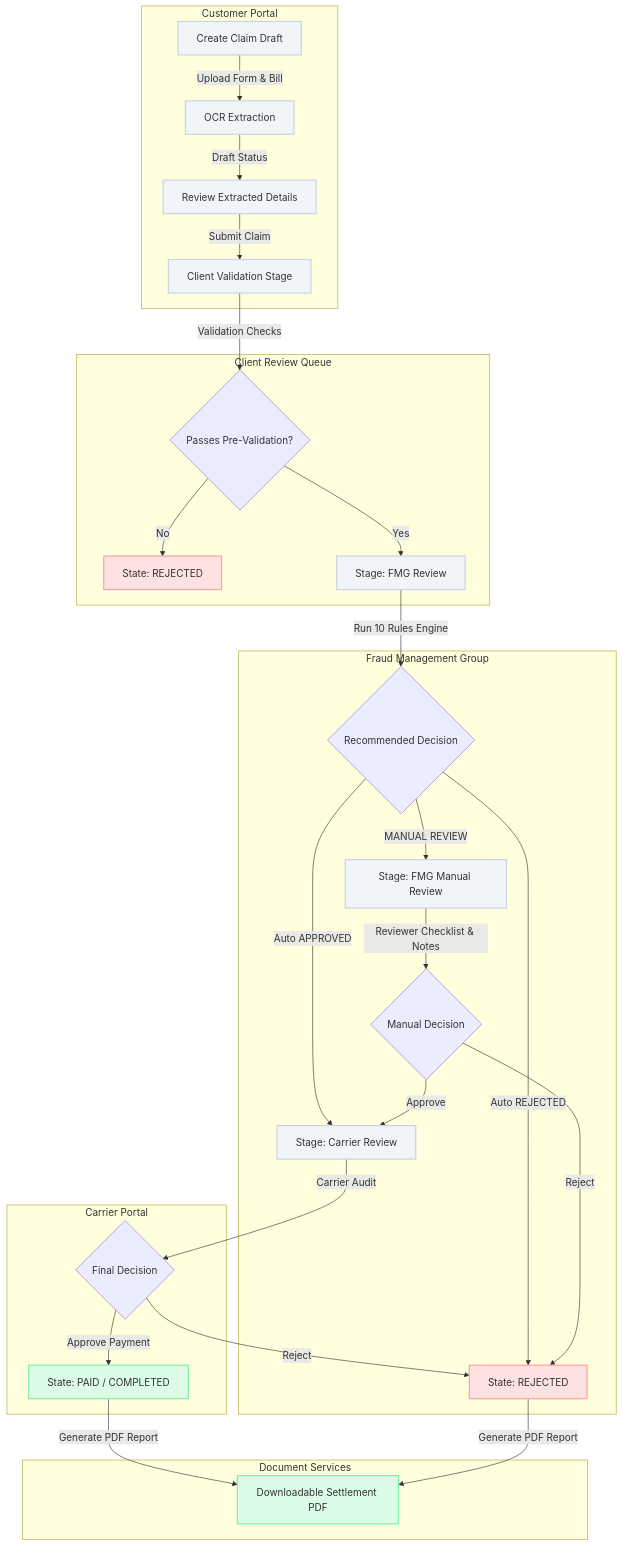
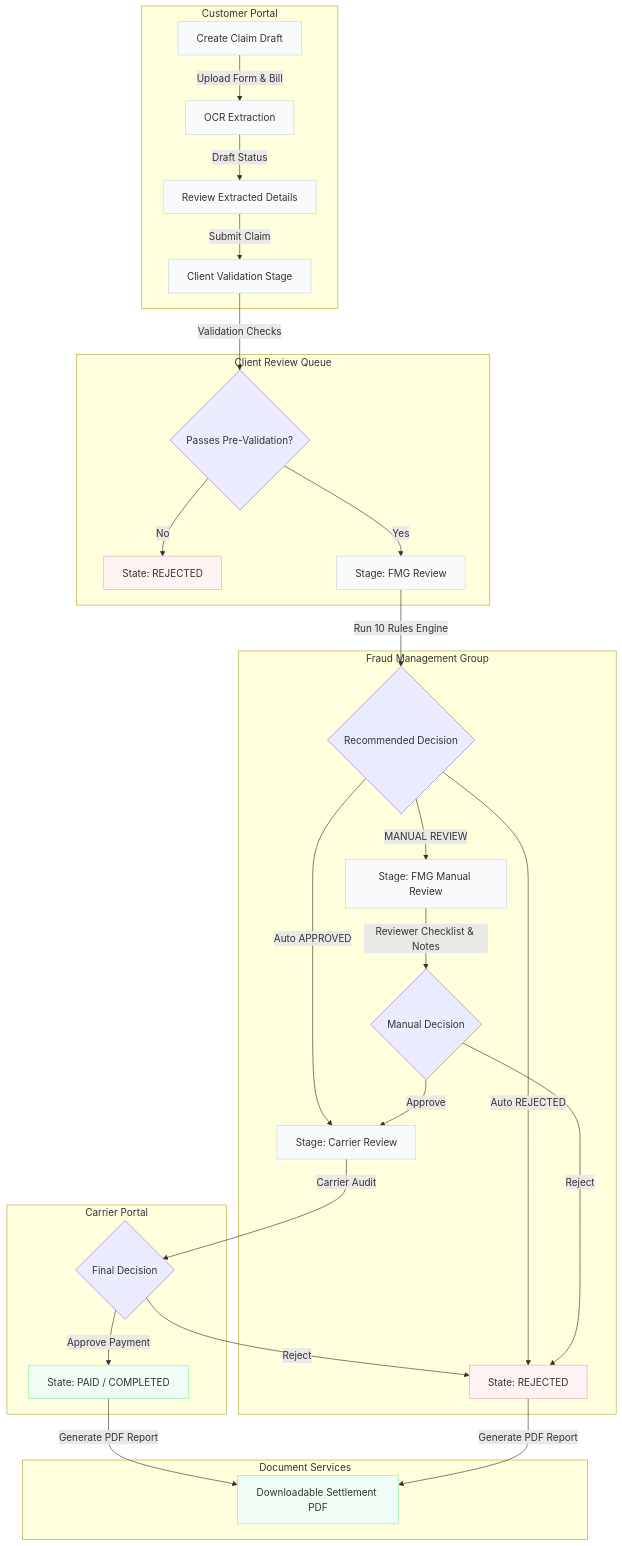
Before and after one commit to Sampramardhan/Tpa_Claim_Process: the third of 6 diagrams in README.md, drawn with Mermaid. The commit also changed other lines of this file, not shown here.

Commit message:
Optimize README visualization, schemas, and diagrams

````diff
--- a/README.md
+++ b/README.md
@@ -72,42 +87,42 @@
 ```mermaid
 flowchart TD
     subgraph Customer Portal
         A[Create Claim Draft] -->|Upload Form & Bill| B[OCR Extraction]
         B -->|Draft Status| C[Review Extracted Details]
         C -->|Submit Claim| D[Client Validation Stage]
     end
 
     subgraph Client Review Queue
         D -->|Validation Checks| E{Passes Pre-Validation?}
         E -->|No| F[State: REJECTED]
         E -->|Yes| G[Stage: FMG Review]
     end
 
     subgraph Fraud Management Group
         G -->|Run 10 Rules Engine| H{Recommended Decision}
         H -->|Auto APPROVED| I[Stage: Carrier Review]
         H -->|Auto REJECTED| J[State: REJECTED]
         H -->|MANUAL REVIEW| K[Stage: FMG Manual Review]
         
         K -->|Reviewer Checklist & Notes| L{Manual Decision}
         L -->|Approve| I
         L -->|Reject| J
     end
 
     subgraph Carrier Portal
         I -->|Carrier Audit| M{Final Decision}
         M -->|Approve Payment| N[State: PAID / COMPLETED]
         M -->|Reject| J
     end
 
     subgraph Document Services
         N & J -->|Generate PDF Report| O[Downloadable Settlement PDF]
     end
 
-    classDef stage fill:#f1f5f9,stroke:#cbd5e1,stroke-width:2px;
-    classDef success fill:#dcfce7,stroke:#86efac,stroke-width:2px;
-    classDef danger fill:#fee2e2,stroke:#fca5a5,stroke-width:2px;
+    classDef stage fill:#f8fafc,stroke:#cbd5e1,stroke-width:1px;
+    classDef success fill:#f0fdf4,stroke:#86efac,stroke-width:1px;
+    classDef danger fill:#fef2f2,stroke:#fca5a5,stroke-width:1px;
     class A,B,C,D,G,K,I stage;
     class N,O success;
     class F,J danger;
 ```
````
